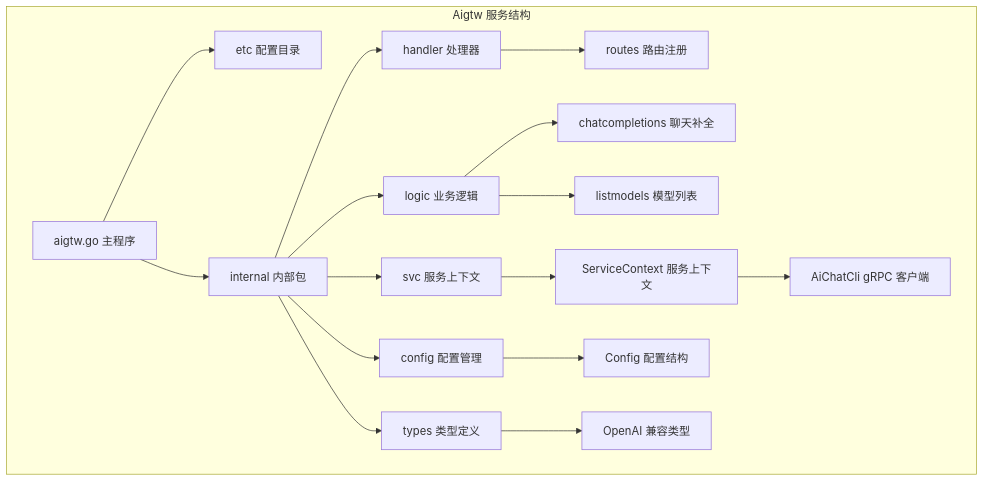
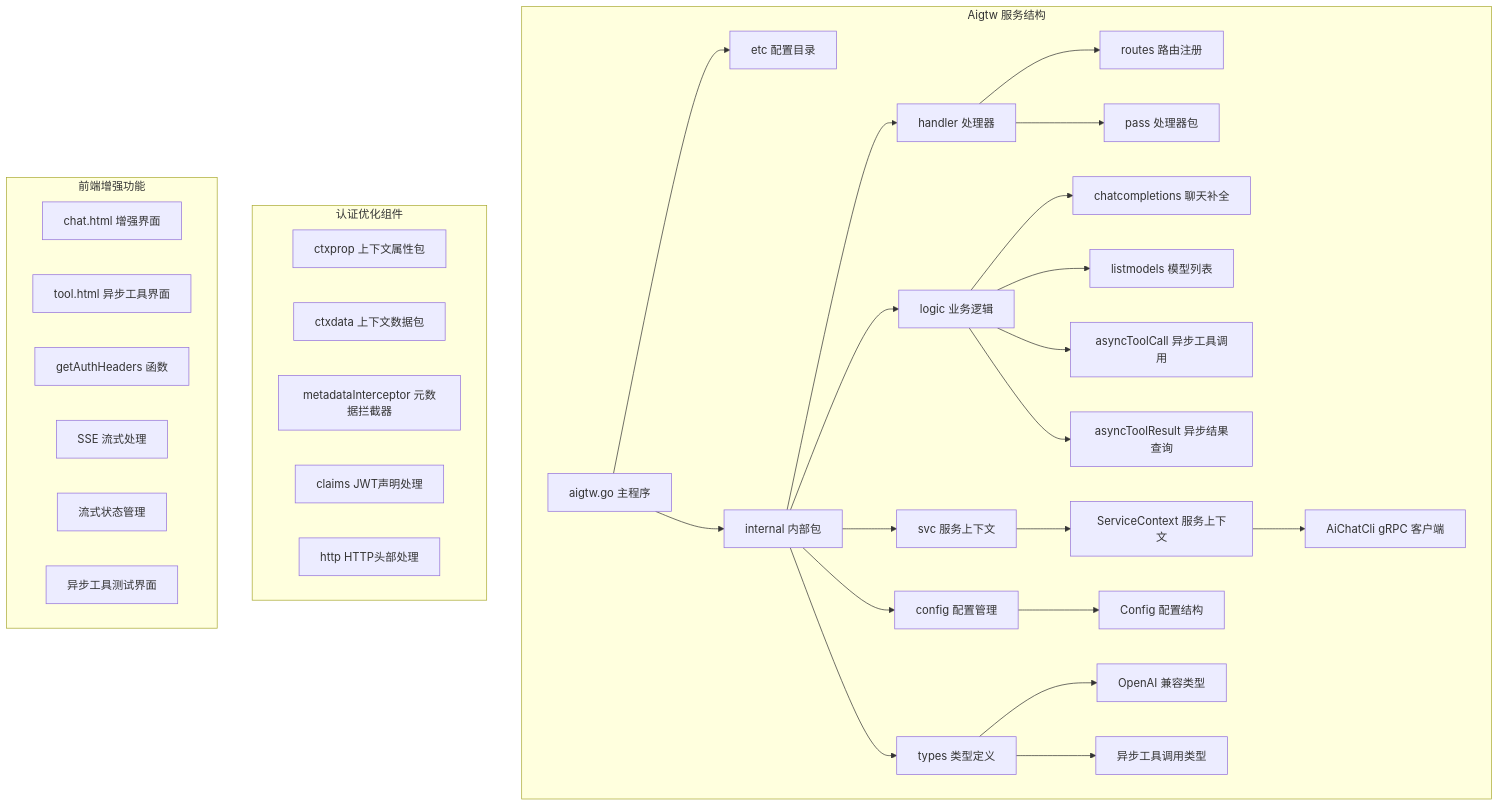
One commit to maomao94/zero-service changed the first of 21 diagrams in .qoder/repowiki/zh/content/Aigtw Gateway Service.md. Above: the diagram before and after it, drawn with Mermaid. The commit also changed other lines of this file and 42 other files, not shown here.

````diff
--- a/.qoder/repowiki/zh/content/Aigtw Gateway Service.md
+++ b/.qoder/repowiki/zh/content/Aigtw Gateway Service.md
@@ -47,19 +75,38 @@
 ```mermaid
 graph TB
 subgraph "Aigtw 服务结构"
 A[aigtw.go 主程序] --> B[etc 配置目录]
 A --> C[internal 内部包]
 C --> D[config 配置管理]
 C --> E[handler 处理器]
 C --> F[logic 业务逻辑]
 C --> G[svc 服务上下文]
 C --> H[types 类型定义]
 E --> I[routes 路由注册]
-F --> J[chatcompletions 聊天补全]
-F --> K[listmodels 模型列表]
-G --> L[ServiceContext 服务上下文]
-L --> M[AiChatCli gRPC 客户端]
-D --> N[Config 配置结构]
-H --> O[OpenAI 兼容类型]
+E --> J[pass 处理器包]
+F --> K[chatcompletions 聊天补全]
+F --> L[listmodels 模型列表]
+F --> M[asyncToolCall 异步工具调用]
+F --> N[asyncToolResult 异步结果查询]
+G --> O[ServiceContext 服务上下文]
+O --> P[AiChatCli gRPC 客户端]
+D --> Q[Config 配置结构]
+H --> R[OpenAI 兼容类型]
+H --> S[异步工具调用类型]
+end
+subgraph "认证优化组件"
+T[ctxprop 上下文属性包]
+U[ctxdata 上下文数据包]
+V[metadataInterceptor 元数据拦截器]
+W[claims JWT声明处理]
+X[http HTTP头部处理]
+end
+subgraph "前端增强功能"
+Y[chat.html 增强界面]
+Z[tool.html 异步工具界面]
+AA[getAuthHeaders 函数]
+BB[SSE 流式处理]
+CC[流式状态管理]
+DD[异步工具测试界面]
 end
 ```
````
